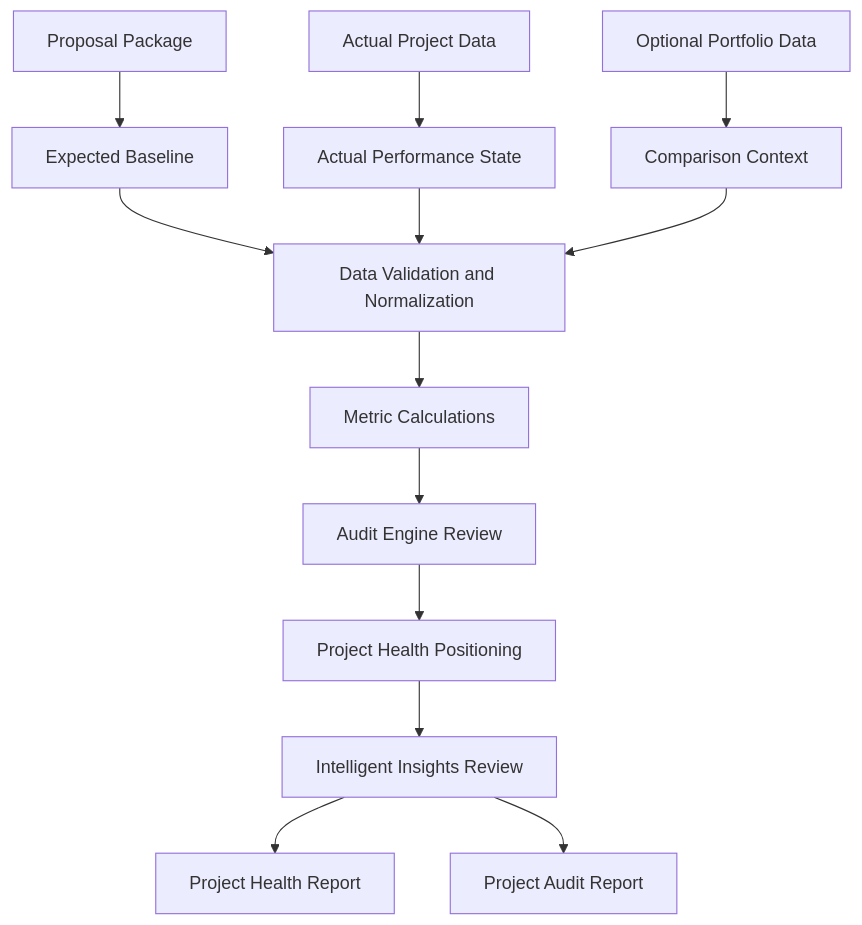
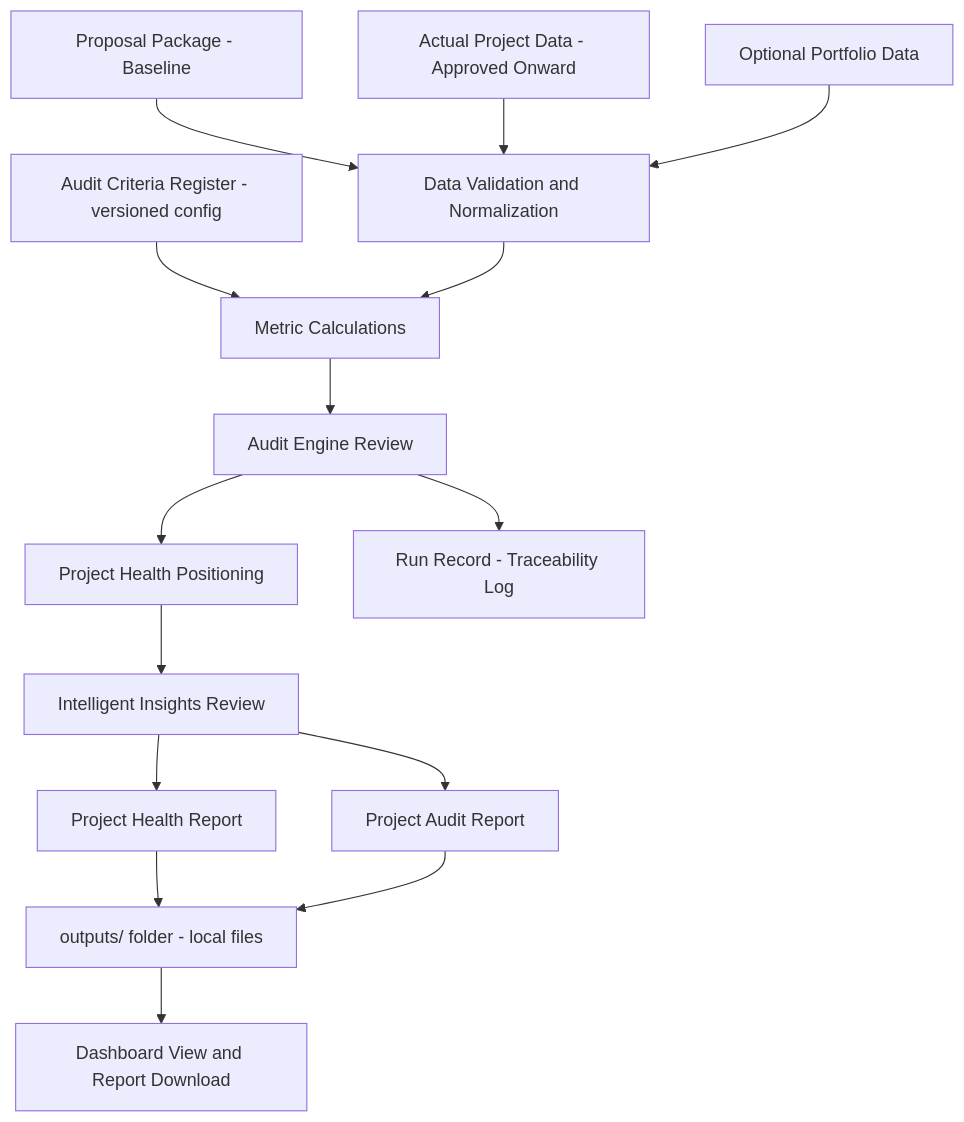
Before and after one commit to meownager/epm-insights: the first of 2 diagrams in docs/project-overview.md, drawn with Mermaid. The commit also changed other lines of this file and 5 other files, not shown here.

First line of the commit message:
Add overall PRD and system architecture; align plan and overview with approved-onward audit scope

````diff
--- a/docs/project-overview.md
+++ b/docs/project-overview.md
@@ -68,15 +82,17 @@
 ```mermaid
 flowchart TD
-    A[Proposal Package] --> B[Expected Baseline]
-    C[Actual Project Data] --> D[Actual Performance State]
-    E[Optional Portfolio Data] --> F[Comparison Context]
-    B --> G[Data Validation and Normalization]
-    D --> G
-    F --> G
-    G --> H[Metric Calculations]
+    A[Proposal Package - Baseline] --> G
+    C[Actual Project Data - Approved Onward] --> G
+    E[Optional Portfolio Data] --> G
+    R[Audit Criteria Register - versioned config] --> H
+    G[Data Validation and Normalization] --> H[Metric Calculations]
     H --> I[Audit Engine Review]
     I --> J[Project Health Positioning]
     J --> K[Intelligent Insights Review]
+    I --> T[Run Record - Traceability Log]
     K --> L[Project Health Report]
     K --> M[Project Audit Report]
+    L --> O[outputs/ folder - local files]
+    M --> O
+    O --> P[Dashboard View and Report Download]
 ```
````
